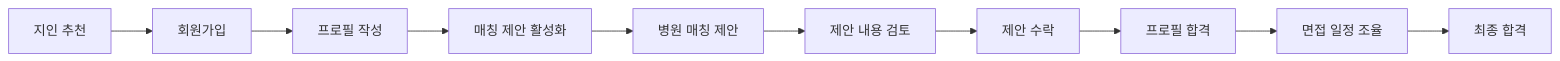
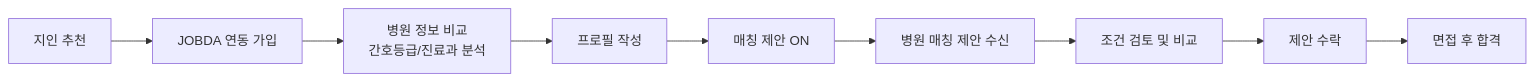
Before and after one commit to roydude/cursor-for-product-manager: the second of 2 diagrams in docs/01_product/메디컬잡다_리더_보고자료_원페이저.md, drawn with Mermaid. The commit also changed other lines of this file and 3 other files, not shown here.

````diff
--- a/docs/01_product/메디컬잡다_리더_보고자료_원페이저.md
+++ b/docs/01_product/메디컬잡다_리더_보고자료_원페이저.md
@@ -88,12 +153,12 @@
 ```mermaid
 graph LR
-    A[지인 추천] --> B[회원가입]
-    B --> C[프로필 작성]
-    C --> D[매칭 제안 활성화]
-    D --> E[병원 매칭 제안]
-    E --> F[제안 내용 검토]
-    F --> G[제안 수락]
-    G --> H[프로필 합격]
-    H --> I[면접 일정 조율]
-    I --> J[최종 합격]
+    A[지인 추천] --> B[JOBDA 연동 가입]
+    B --> C[병원 정보 비교<br>간호등급/진료과 분석]
+    C --> D[프로필 작성]
+    D --> E[매칭 제안 ON]
+    E --> F[병원 매칭 제안 수신]
+    F --> G[조건 검토 및 비교]
+    G --> H[제안 수락]
+    H --> I[면접 후 합격]
+
 ```
````
